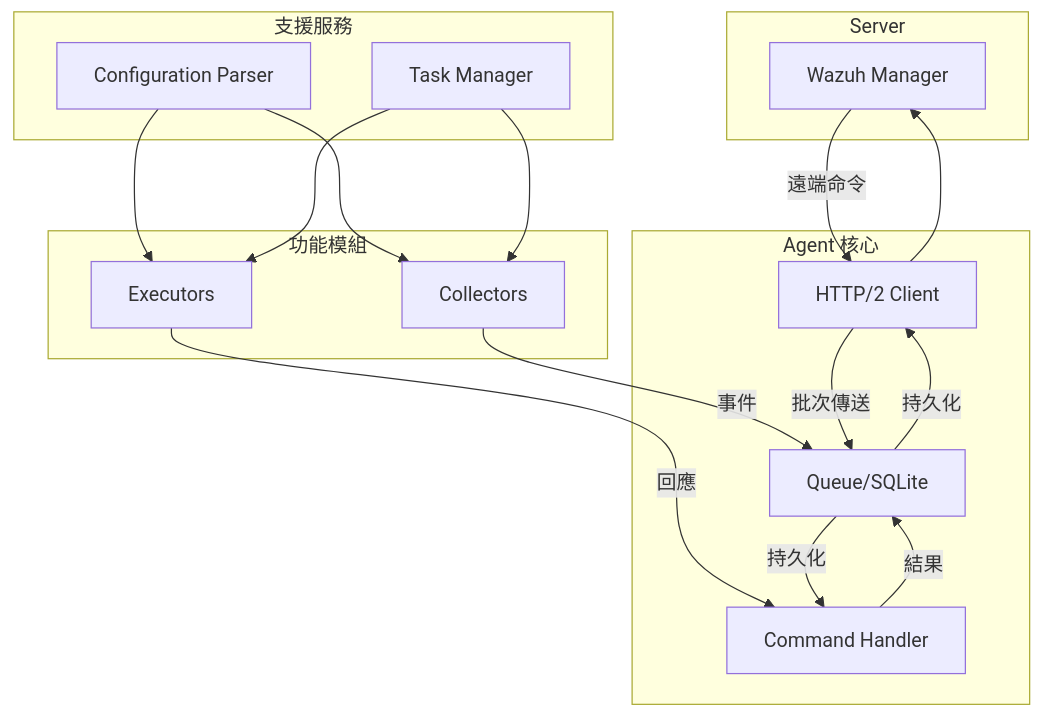
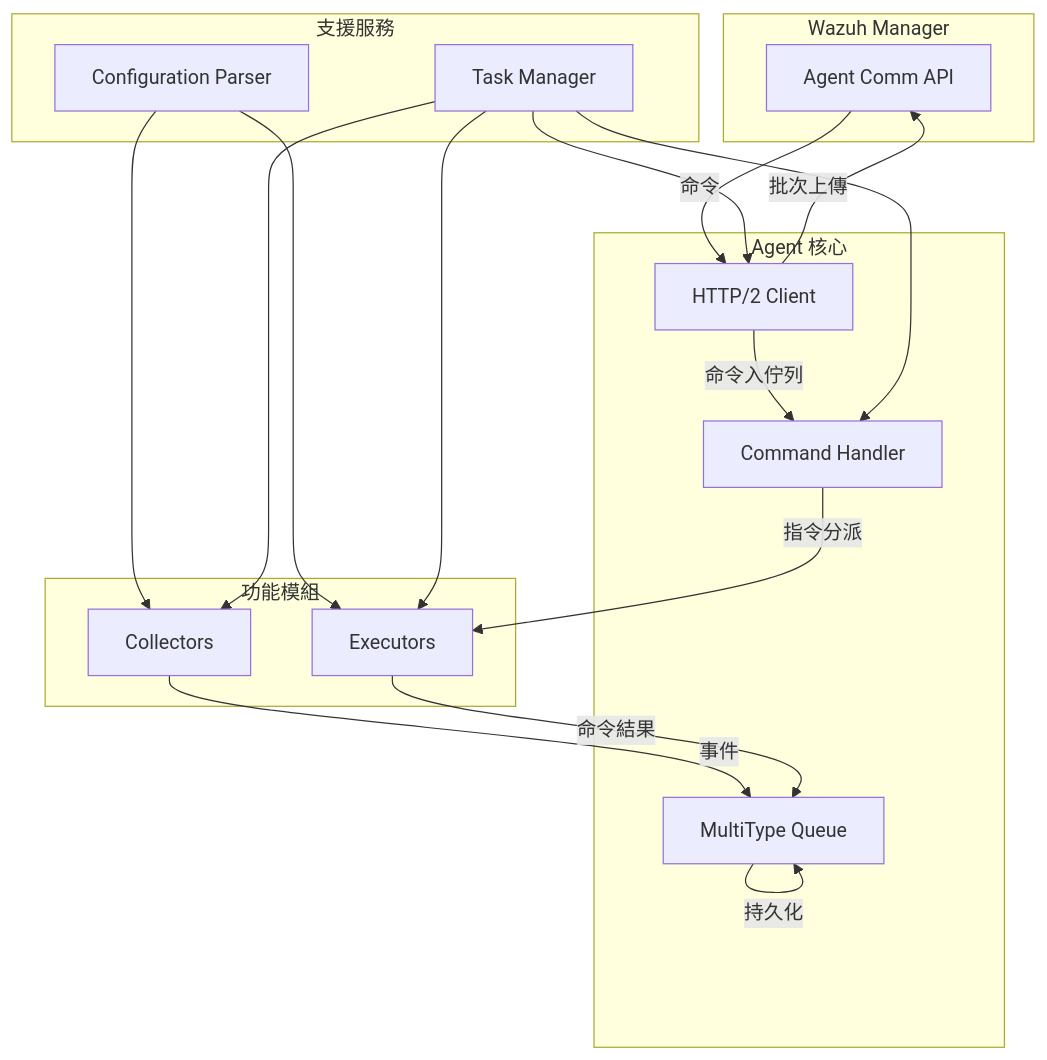
The diagram in references/wazuh-agent-architecture.md (edhsu1984/wazuh-agent), drawn with Mermaid before and after one commit. The commit also changed other lines of this file and 3 other files, not shown here.

Commit message:
docs: refresh references for agent architecture

````diff
--- a/references/wazuh-agent-architecture.md
+++ b/references/wazuh-agent-architecture.md
@@ -17,35 +31,36 @@
 ```mermaid
 graph TD
-    subgraph Server
-      manager[Wazuh Manager]
+    subgraph Manager[Wazuh Manager]
+        remoteAPI[Agent Comm API]
     end
 
     subgraph AgentCore[Agent 核心]
-      client[HTTP/2 Client]
-      queue[Queue/SQLite]
-      cmdHandler[Command Handler]
+        client[HTTP/2 Client]
+        queue[MultiType Queue]
+        cmd[Command Handler]
     end
 
     subgraph Support[支援服務]
-      cfg[Configuration Parser]
-      task[Task Manager]
+        cfg[Configuration Parser]
+        task[Task Manager]
     end
 
     subgraph Modules[功能模組]
-      collectors[Collectors]
-      executors[Executors]
+        collectors[Collectors]
+        executors[Executors]
     end
 
-    client --> manager
-    manager -->|遠端命令| client
     collectors -->|事件| queue
-    executors -->|回應| cmdHandler
-    cmdHandler -->|結果| queue
-    client -->|批次傳送| queue
-    queue -->|持久化| client
-    queue -->|持久化| cmdHandler
+    executors -->|命令結果| queue
+    cmd -->|指令分派| executors
+    client -->|批次上傳| remoteAPI
+    remoteAPI -->|命令| client
+    client -->|命令入佇列| cmd
+    queue -->|持久化| queue
     cfg --> collectors
     cfg --> executors
+    task --> client
+    task --> cmd
     task --> collectors
     task --> executors
 ```
````
